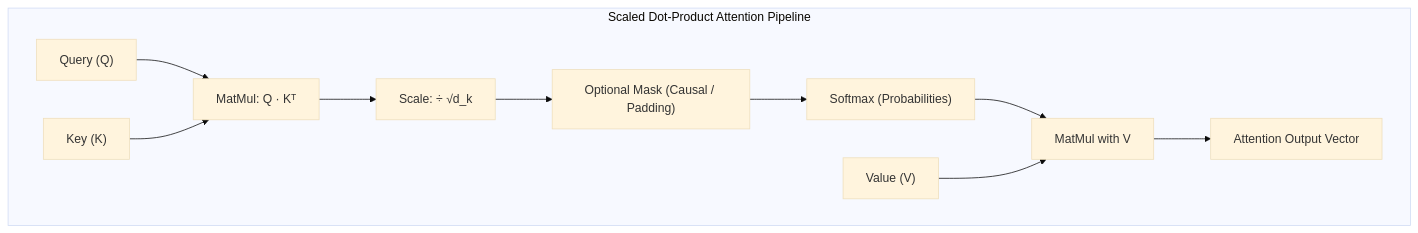
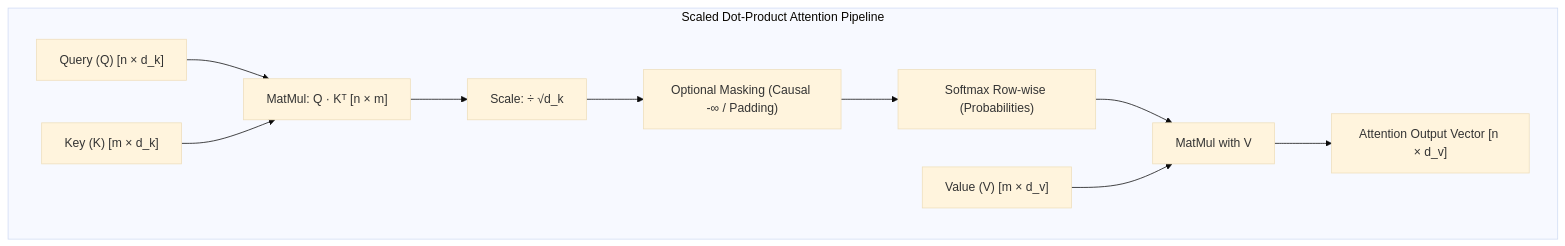
The third of 10 diagrams in Lecture 01/notes/05_Attention_Mechanism_Transformers_and_LLMs.md (Amie-dev/Forward-Deployed-Engineer), drawn with Mermaid (base theme) before and after one commit. The commit also changed other lines of this file and 4 other files, not shown here.

````diff
--- a/Lecture 01/notes/05_Attention_Mechanism_Transformers_and_LLMs.md
+++ b/Lecture 01/notes/05_Attention_Mechanism_Transformers_and_LLMs.md
@@ -29,11 +54,11 @@
 ```mermaid
 flowchart TD
     subgraph Scaled_Dot_Product ["Scaled Dot-Product Attention Pipeline"]
-        Q["Query (Q)"] & K["Key (K)"] --> MatMul1["MatMul: Q · Kᵀ"]
+        Q["Query (Q) [n × d_k]"] & K["Key (K) [m × d_k]"] --> MatMul1["MatMul: Q · Kᵀ [n × m]"]
         MatMul1 --> Scale["Scale: ÷ √d_k"]
-        Scale --> Mask["Optional Mask (Causal / Padding)"]
-        Mask --> Softmax["Softmax (Probabilities)"]
-        Softmax & V["Value (V)"] --> MatMul2["MatMul with V"]
-        MatMul2 --> Output["Attention Output Vector"]
+        Scale --> Mask["Optional Masking (Causal -∞ / Padding)"]
+        Mask --> Softmax["Softmax Row-wise (Probabilities)"]
+        Softmax & V["Value (V) [m × d_v]"] --> MatMul2["MatMul with V"]
+        MatMul2 --> Output["Attention Output Vector [n × d_v]"]
     end
 ```
````
